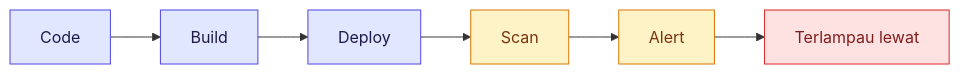
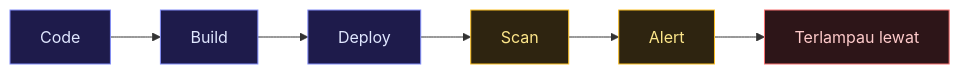
The first of 4 diagrams in src/content/posts/ms/age-01-trend-2026.md (arifbazli/malay-tech-journal), drawn with Mermaid before and after one commit. The commit also changed other lines of this file and 16 other files, not shown here.

First line of the commit message:
fix(mermaid): fix light-theme colors and rendering bugs across all diagrams

````diff
--- a/src/content/posts/ms/age-01-trend-2026.md
+++ b/src/content/posts/ms/age-01-trend-2026.md
@@ -45,14 +44,14 @@
 ```mermaid
 flowchart LR
   A["Code"]:::stage1 --> B["Build"]:::stage2
   B --> C["Deploy"]:::stage3
   C --> D["Scan"]:::stage4
   D --> E["Alert"]:::stage5
   E --> F["Terlampau lewat"]:::stage6
-  classDef stage1 fill:#e0e7ff,stroke:#4f46e5,color:#1e1b4b
-  classDef stage2 fill:#e0e7ff,stroke:#4f46e5,color:#1e1b4b
-  classDef stage3 fill:#e0e7ff,stroke:#4f46e5,color:#1e1b4b
-  classDef stage4 fill:#fef3c7,stroke:#d97706,color:#78350f
-  classDef stage5 fill:#fef3c7,stroke:#d97706,color:#78350f
-  classDef stage6 fill:#fee2e2,stroke:#dc2626,color:#7f1d1d
+  classDef stage1 fill:#1e1b4b,stroke:#818cf8,color:#e0e7ff
+  classDef stage2 fill:#1e1b4b,stroke:#818cf8,color:#e0e7ff
+  classDef stage3 fill:#1e1b4b,stroke:#818cf8,color:#e0e7ff
+  classDef stage4 fill:#2e2410,stroke:#fbbf24,color:#fde68a
+  classDef stage5 fill:#2e2410,stroke:#fbbf24,color:#fde68a
+  classDef stage6 fill:#2d1518,stroke:#f87171,color:#fecaca
 ```
````
